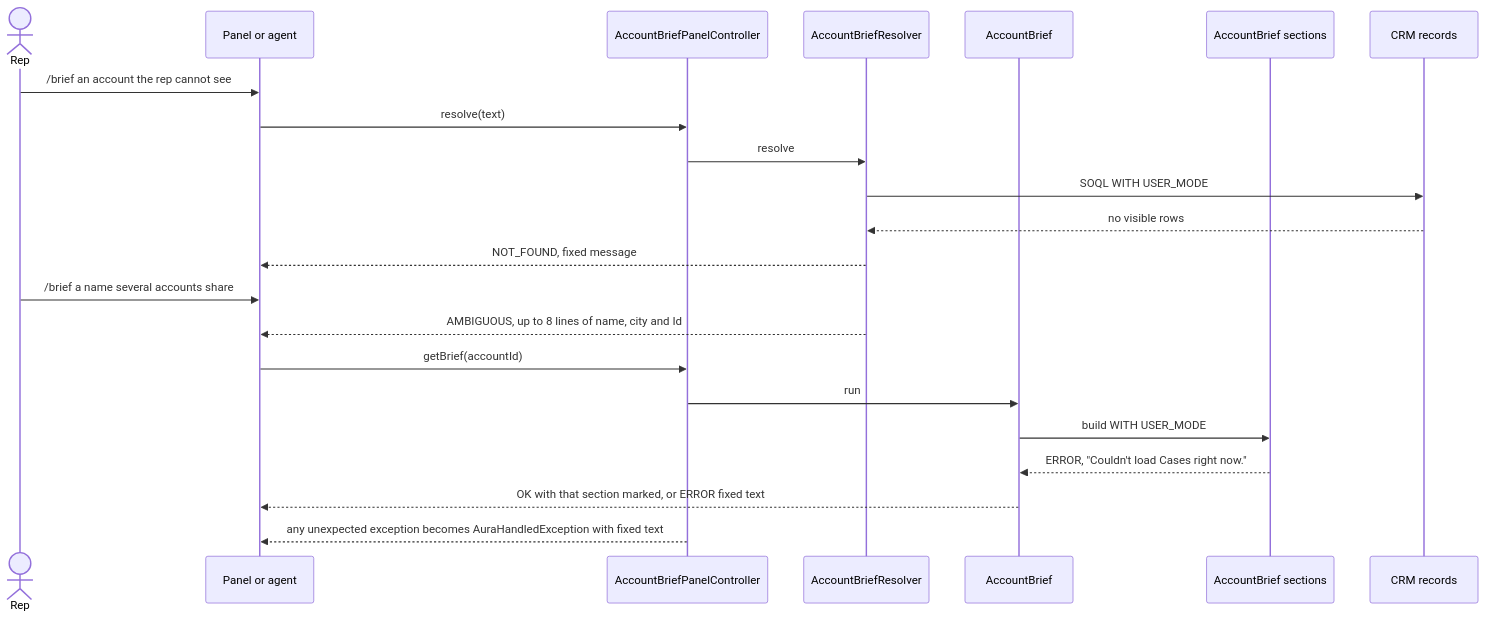
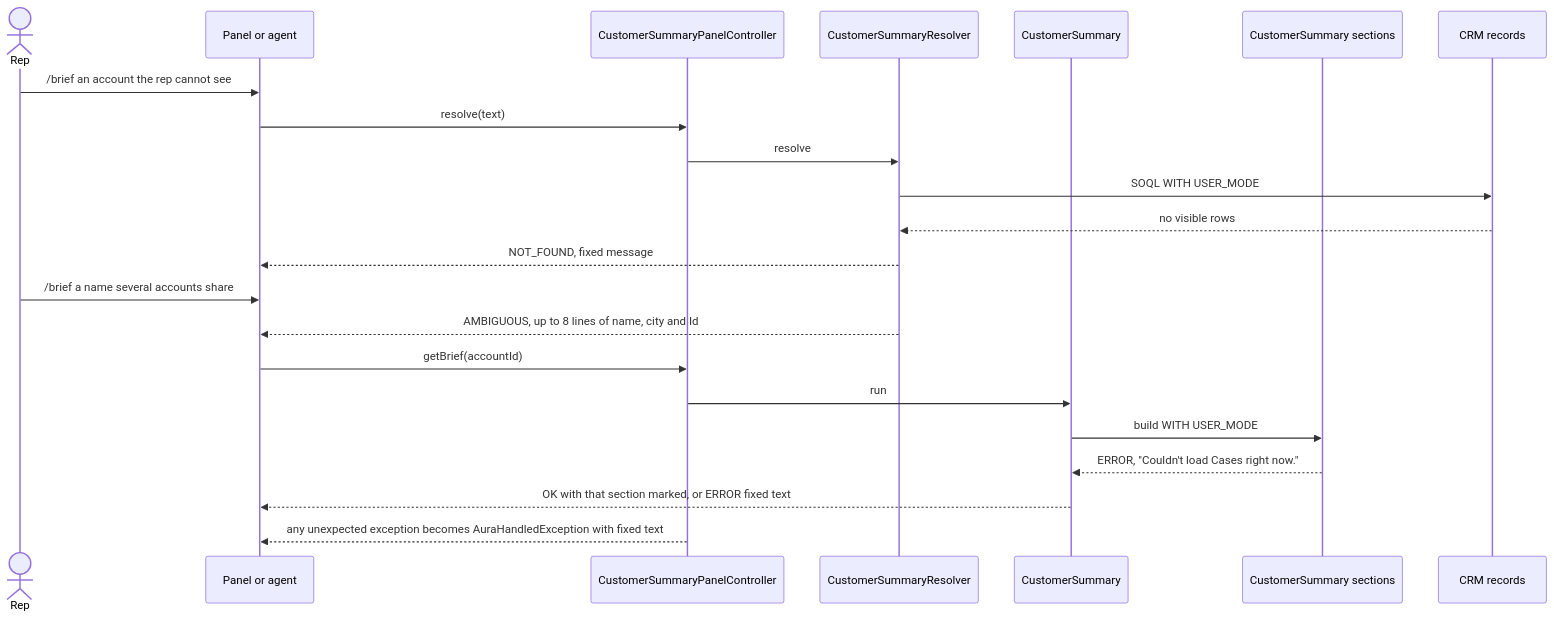
Before and after one commit to nelsben/generic-agent: the diagram in docs/patterns/07-trust-access-and-failure.md, drawn with Mermaid. The commit also changed other lines of this file and 160 other files, not shown here.

First line of the commit message:
BE-23: FR2 rename in the repo, Account Brief becomes Customer Summary (GO)

````diff
--- a/docs/patterns/07-trust-access-and-failure.md
+++ b/docs/patterns/07-trust-access-and-failure.md
@@ -20,24 +20,24 @@
 ```mermaid
 sequenceDiagram
     actor U as Rep
     participant P as Panel or agent
-    participant C as AccountBriefPanelController
-    participant R as AccountBriefResolver
-    participant B as AccountBrief
-    participant S as AccountBrief sections
+    participant C as CustomerSummaryPanelController
+    participant R as CustomerSummaryResolver
+    participant B as CustomerSummary
+    participant S as CustomerSummary sections
     participant DB as CRM records
     U->>P: /brief an account the rep cannot see
     P->>C: resolve(text)
     C->>R: resolve
     R->>DB: SOQL WITH USER_MODE
     DB-->>R: no visible rows
     R-->>P: NOT_FOUND, fixed message
     U->>P: /brief a name several accounts share
     R-->>P: AMBIGUOUS, up to 8 lines of name, city and Id
     P->>C: getBrief(accountId)
     C->>B: run
     B->>S: build WITH USER_MODE
     S-->>B: ERROR, "Couldn't load Cases right now."
     B-->>P: OK with that section marked, or ERROR fixed text
     C-->>P: any unexpected exception becomes AuraHandledException with fixed text
 ```
````
